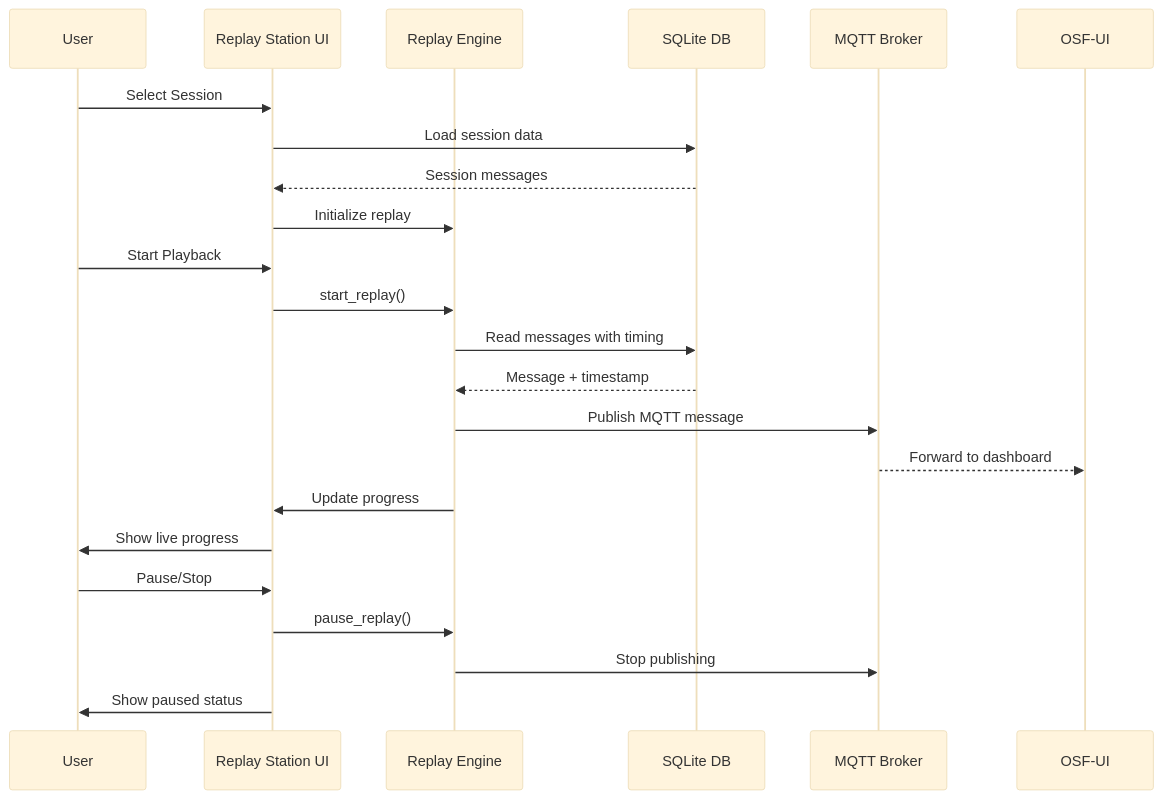
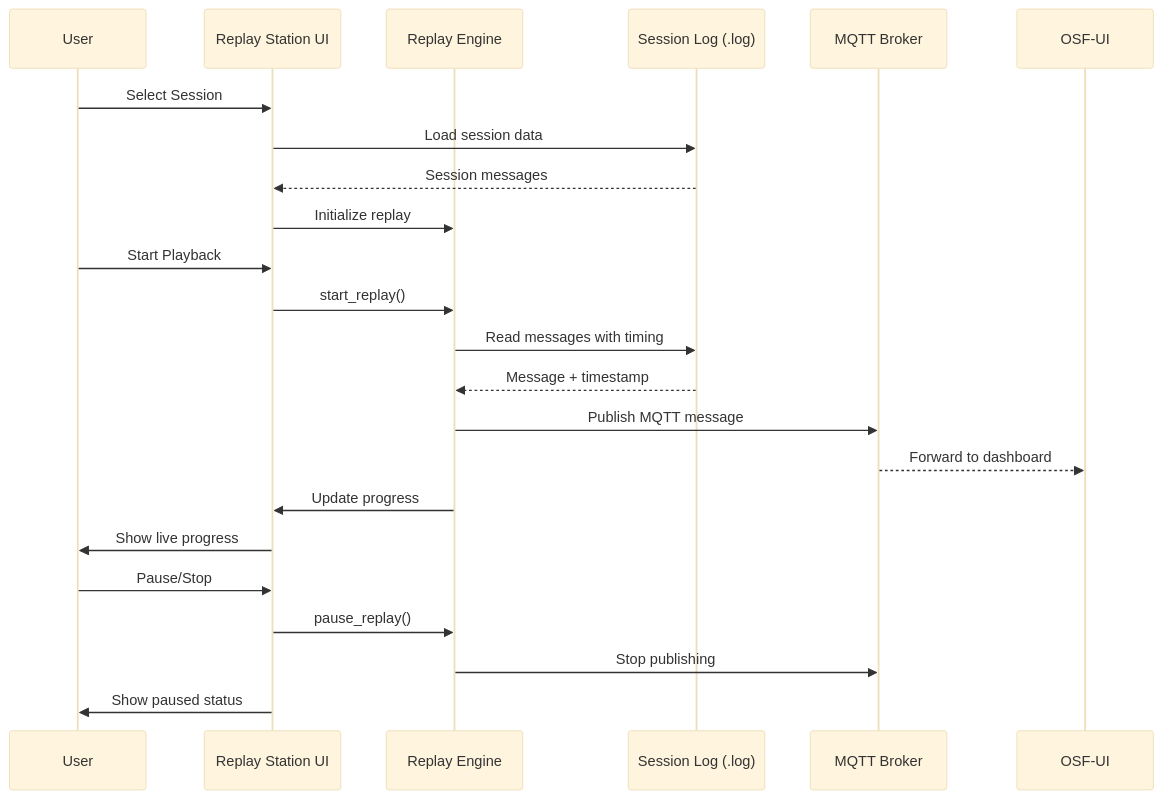
One commit to OliverBerger-ORBIS/ORBIS-Modellfabrik changed the second of 2 diagrams in docs/04-howto/helper_apps/session-manager/replay-station.md. Above: the diagram before and after it, drawn with Mermaid (base theme). The commit also changed other lines of this file and 8 other files, not shown here.

````diff
--- a/docs/04-howto/helper_apps/session-manager/replay-station.md
+++ b/docs/04-howto/helper_apps/session-manager/replay-station.md
@@ -114,28 +114,28 @@
 ```mermaid
 sequenceDiagram
     participant U as User
     participant UI as Replay Station UI
     participant R as Replay Engine
-    participant DB as SQLite DB
+    participant DB as Session Log (.log)
     participant M as MQTT Broker
     participant D as OSF-UI
     
     U->>UI: Select Session
     UI->>DB: Load session data
     DB-->>UI: Session messages
     UI->>R: Initialize replay
     
     U->>UI: Start Playback
     UI->>R: start_replay()
     R->>DB: Read messages with timing
     DB-->>R: Message + timestamp
     R->>M: Publish MQTT message
     M-->>D: Forward to dashboard
     R->>UI: Update progress
     UI->>U: Show live progress
     
     U->>UI: Pause/Stop
     UI->>R: pause_replay()
     R->>M: Stop publishing
     UI->>U: Show paused status
 ```
````
